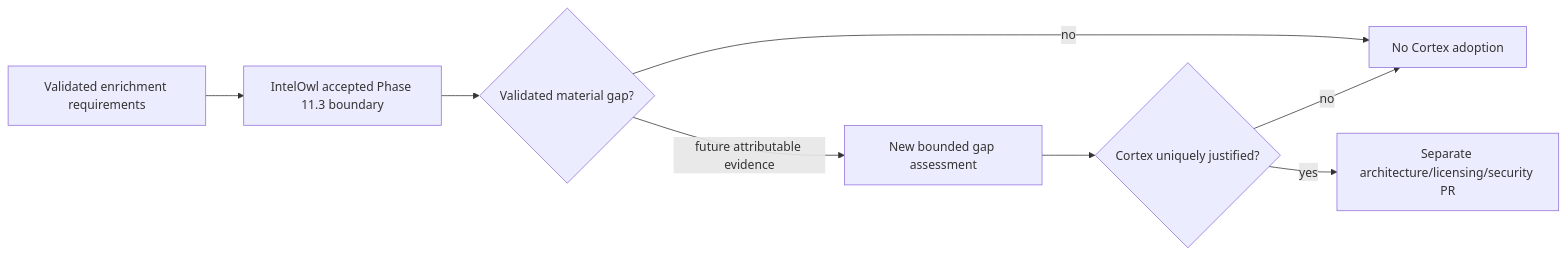
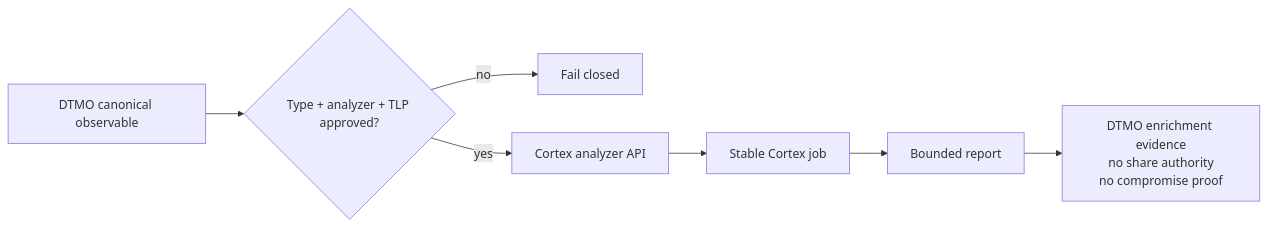
The diagram in docs/project/CURRENT_STATE.md (GJvManen/dtmo), drawn with Mermaid before and after one commit. The commit also changed other lines of this file, not shown here.

Commit message:
Phase 11.7b: reconcile current state for Cortex connector

````diff
--- a/docs/project/CURRENT_STATE.md
+++ b/docs/project/CURRENT_STATE.md
@@ -46,10 +47,9 @@
 ```mermaid
 flowchart LR
-    R[Validated enrichment requirements] --> I[IntelOwl accepted Phase 11.3 boundary]
-    I --> G{Validated material gap?}
-    G -->|no| N[No Cortex adoption]
-    G -->|future attributable evidence| A[New bounded gap assessment]
-    A --> C{Cortex uniquely justified?}
-    C -->|yes| P[Separate architecture/licensing/security PR]
-    C -->|no| N
+    D[DTMO canonical observable] --> A{Type + analyzer + TLP approved?}
+    A -->|no| X[Fail closed]
+    A -->|yes| C[Cortex analyzer API]
+    C --> J[Stable Cortex job]
+    J --> R[Bounded report]
+    R --> E[DTMO enrichment evidence\nno share authority\nno compromise proof]
 ```
````
